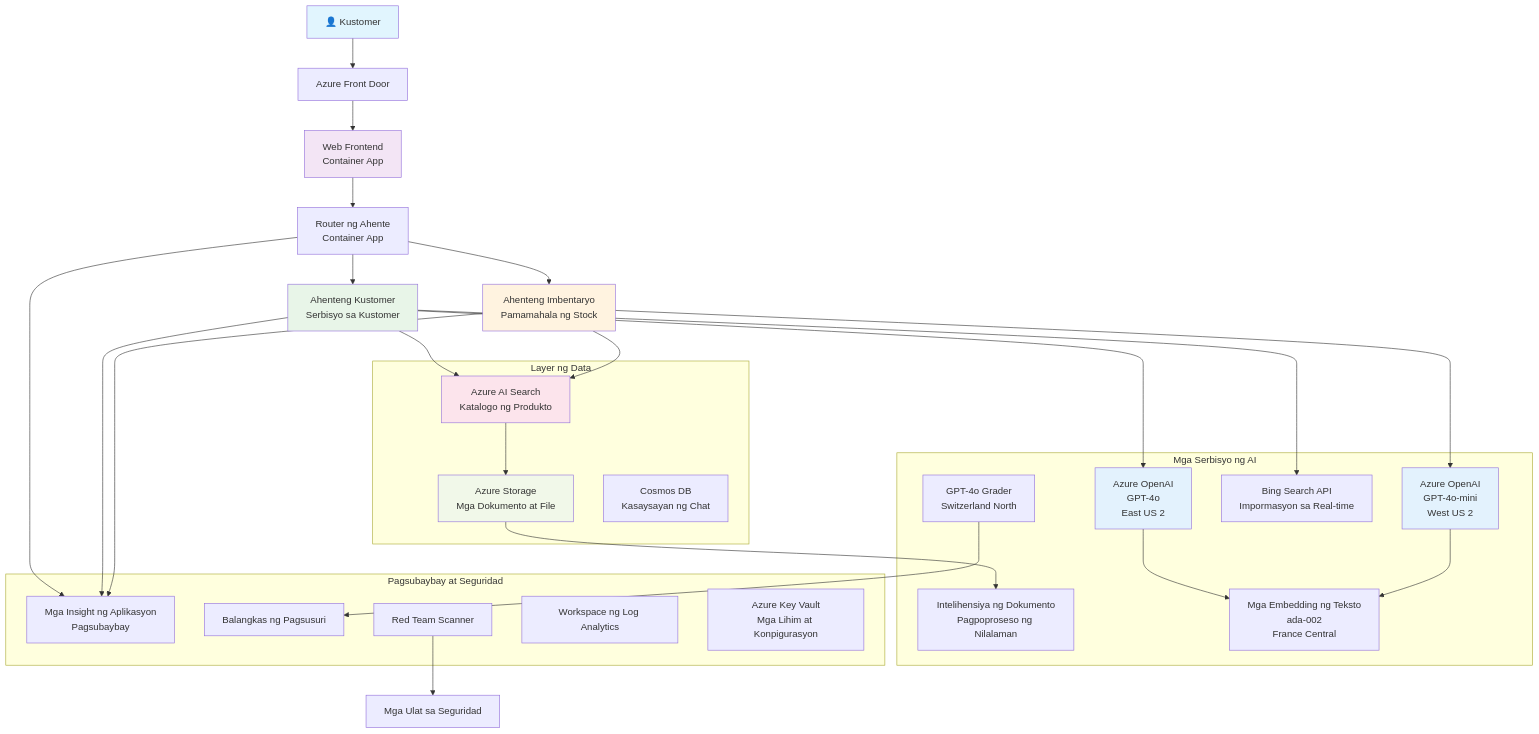
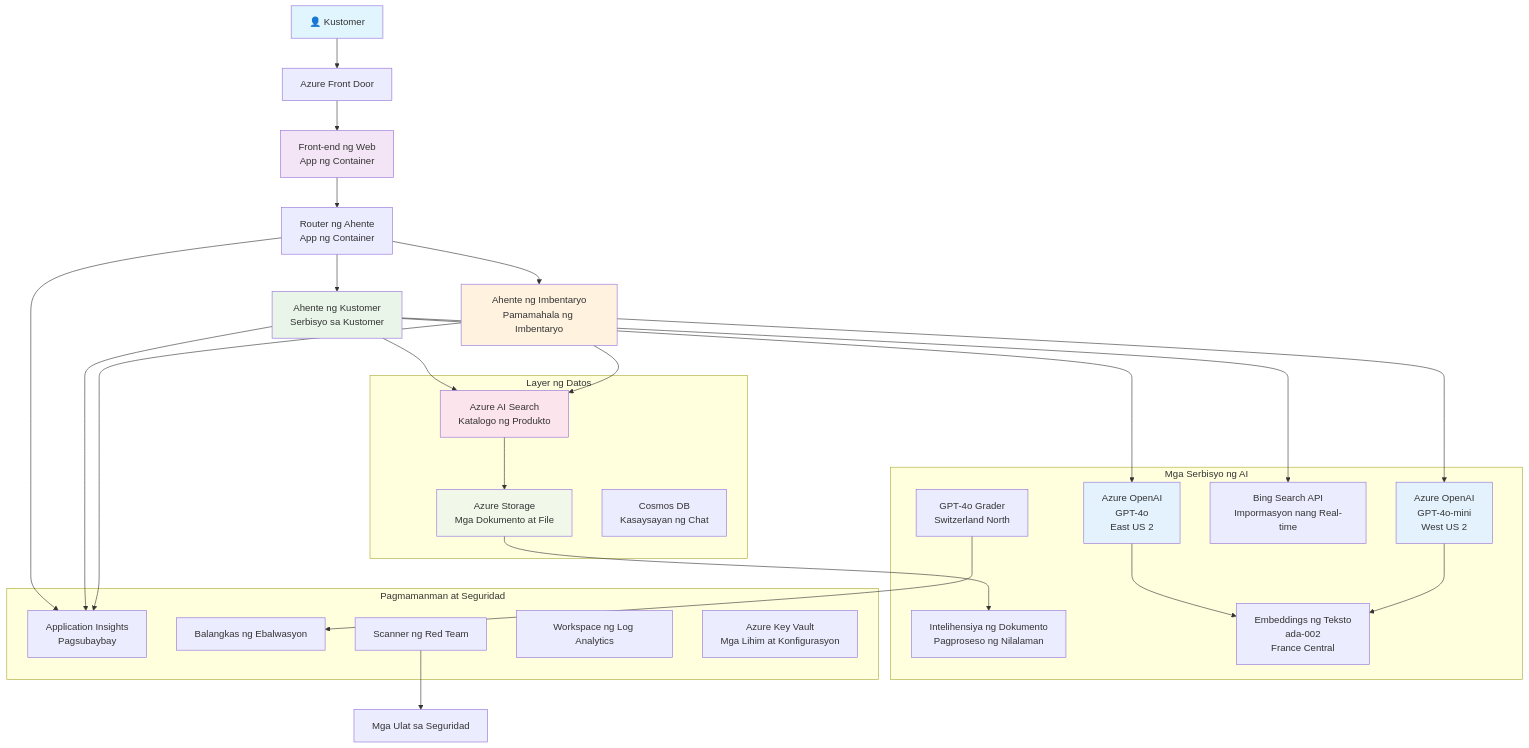
The diagram in translations/tl/examples/retail-scenario.md (microsoft/AZD-for-beginners), drawn with Mermaid before and after one commit. The commit also changed other lines of this file and 242 other files, not shown here.

````diff
--- a/translations/tl/examples/retail-scenario.md
+++ b/translations/tl/examples/retail-scenario.md
@@ -148,61 +139,61 @@
 ```mermaid
 graph TB
     User[👤 Kustomer] --> LB[Azure Front Door]
-    LB --> WebApp[Web Frontend<br/>Container App]
+    LB --> WebApp[Front-end ng Web<br/>App ng Container]
     
-    WebApp --> Router[Router ng Ahente<br/>Container App]
-    Router --> CustomerAgent[Ahenteng Kustomer<br/>Serbisyo sa Kustomer]
-    Router --> InvAgent[Ahenteng Imbentaryo<br/>Pamamahala ng Stock]
+    WebApp --> Router[Router ng Ahente<br/>App ng Container]
+    Router --> CustomerAgent[Ahente ng Kustomer<br/>Serbisyo sa Kustomer]
+    Router --> InvAgent[Ahente ng Imbentaryo<br/>Pamamahala ng Imbentaryo]
     
     CustomerAgent --> OpenAI1[Azure OpenAI<br/>GPT-4o<br/>East US 2]
     InvAgent --> OpenAI2[Azure OpenAI<br/>GPT-4o-mini<br/>West US 2]
     
     CustomerAgent --> AISearch[Azure AI Search<br/>Katalogo ng Produkto]
-    CustomerAgent --> BingSearch[Bing Search API<br/>Impormasyon sa Real-time]
+    CustomerAgent --> BingSearch[Bing Search API<br/>Impormasyon nang Real-time]
     InvAgent --> AISearch
     
     AISearch --> Storage[Azure Storage<br/>Mga Dokumento at File]
-    Storage --> DocIntel[Intelihensiya ng Dokumento<br/>Pagpoproseso ng Nilalaman]
+    Storage --> DocIntel[Intelihensiya ng Dokumento<br/>Pagproseso ng Nilalaman]
     
-    OpenAI1 --> Embeddings[Mga Embedding ng Teksto<br/>ada-002<br/>France Central]
+    OpenAI1 --> Embeddings[Embeddings ng Teksto<br/>ada-002<br/>France Central]
     OpenAI2 --> Embeddings
     
-    Router --> AppInsights[Mga Insight ng Aplikasyon<br/>Pagsubaybay]
+    Router --> AppInsights[Application Insights<br/>Pagsubaybay]
     CustomerAgent --> AppInsights
     InvAgent --> AppInsights
     
-    GraderModel[GPT-4o Grader<br/>Switzerland North] --> Evaluation[Balangkas ng Pagsusuri]
-    RedTeam[Red Team Scanner] --> SecurityReports[Mga Ulat sa Seguridad]
+    GraderModel[GPT-4o Grader<br/>Switzerland North] --> Evaluation[Balangkas ng Ebalwasyon]
+    RedTeam[Scanner ng Red Team] --> SecurityReports[Mga Ulat sa Seguridad]
     
-    subgraph "Layer ng Data"
+    subgraph "Layer ng Datos"
         Storage
         AISearch
         CosmosDB[Cosmos DB<br/>Kasaysayan ng Chat]
     end
     
     subgraph "Mga Serbisyo ng AI"
         OpenAI1
         OpenAI2
         Embeddings
         GraderModel
         DocIntel
         BingSearch
     end
     
-    subgraph "Pagsubaybay at Seguridad"
+    subgraph "Pagmamanman at Seguridad"
         AppInsights
         LogAnalytics[Workspace ng Log Analytics]
-        KeyVault[Azure Key Vault<br/>Mga Lihim at Konpigurasyon]
+        KeyVault[Azure Key Vault<br/>Mga Lihim at Konfigurasyon]
         RedTeam
         Evaluation
     end
     
     style User fill:#e1f5fe
     style WebApp fill:#f3e5f5
     style CustomerAgent fill:#e8f5e8
     style InvAgent fill:#fff3e0
     style OpenAI1 fill:#e3f2fd
     style OpenAI2 fill:#e3f2fd
     style AISearch fill:#fce4ec
     style Storage fill:#f1f8e9
 ```
````
